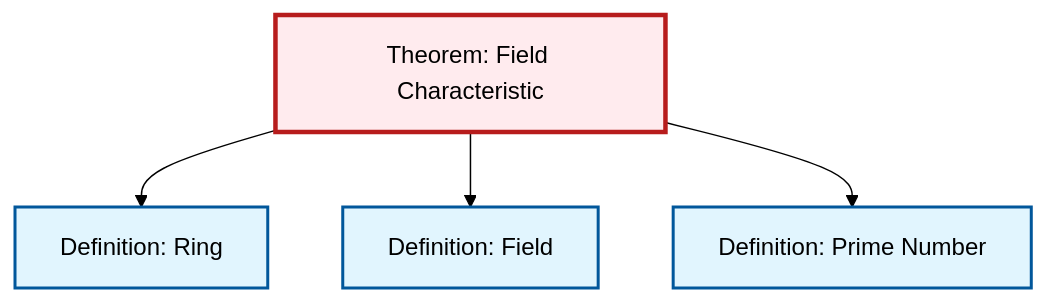
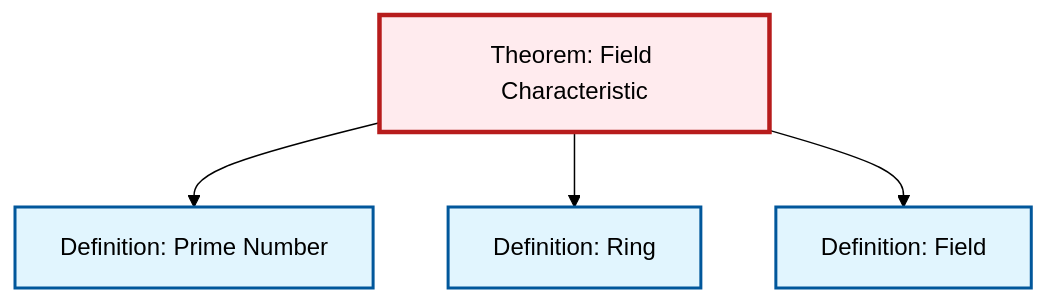
One commit to RK0429/ModernMath changed the diagram in content/en/algebra/thm-field-characteristic.qmd. Above: the diagram before and after it, drawn with Mermaid (forest theme). The commit also changed other lines of this file and 1012 other files, not shown here.

````diff
--- a/content/en/algebra/thm-field-characteristic.qmd
+++ b/content/en/algebra/thm-field-characteristic.qmd
@@ -53,20 +53,20 @@
 ```{mermaid}
 %%| fig-cap: "Local dependency graph"
 graph TD
     classDef definition fill:#e1f5fe,stroke:#01579b,stroke-width:2px
     classDef theorem fill:#f3e5f5,stroke:#4a148c,stroke-width:2px
     classDef axiom fill:#fff3e0,stroke:#e65100,stroke-width:2px
     classDef example fill:#e8f5e9,stroke:#1b5e20,stroke-width:2px
     classDef current fill:#ffebee,stroke:#b71c1c,stroke-width:3px
     thm-field-characteristic["Theorem: Field Characteristic"]:::theorem
+    def-field["Definition: Field"]:::definition
+    def-prime["Definition: Prime Number"]:::definition
     def-ring["Definition: Ring"]:::definition
-    def-prime["Definition: Prime Number"]:::definition
-    def-field["Definition: Field"]:::definition
+    thm-field-characteristic --> def-prime
     thm-field-characteristic --> def-ring
     thm-field-characteristic --> def-field
-    thm-field-characteristic --> def-prime
     class thm-field-characteristic current
+    click def-field "def-field.html" "Go to Field definition"
+    click def-prime "def-prime.html" "Go to Prime Number definition"
     click def-ring "def-ring.html" "Go to Ring definition"
-    click def-prime "def-prime.html" "Go to Prime Number definition"
-    click def-field "def-field.html" "Go to Field definition"
 ```
````
